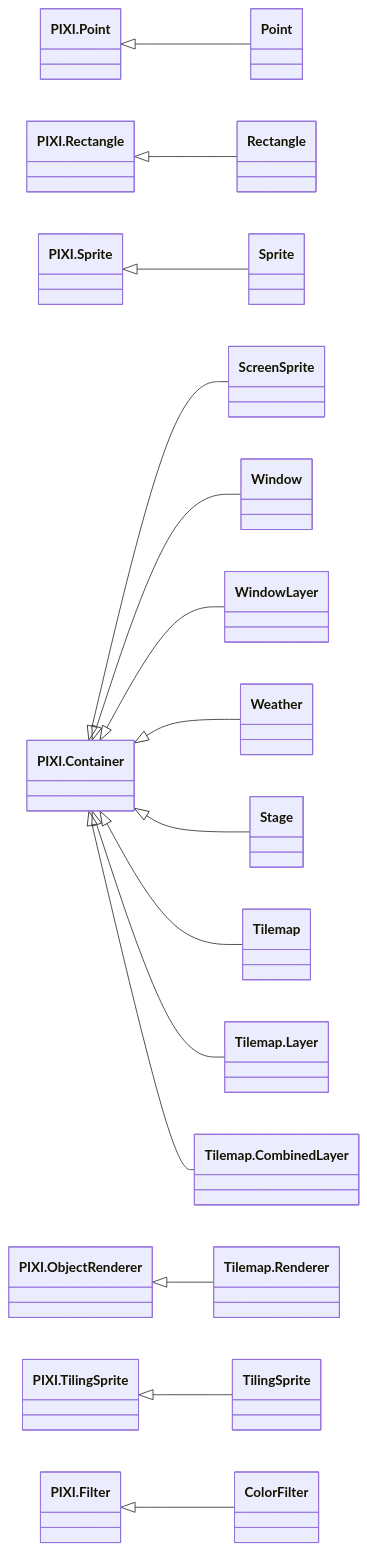
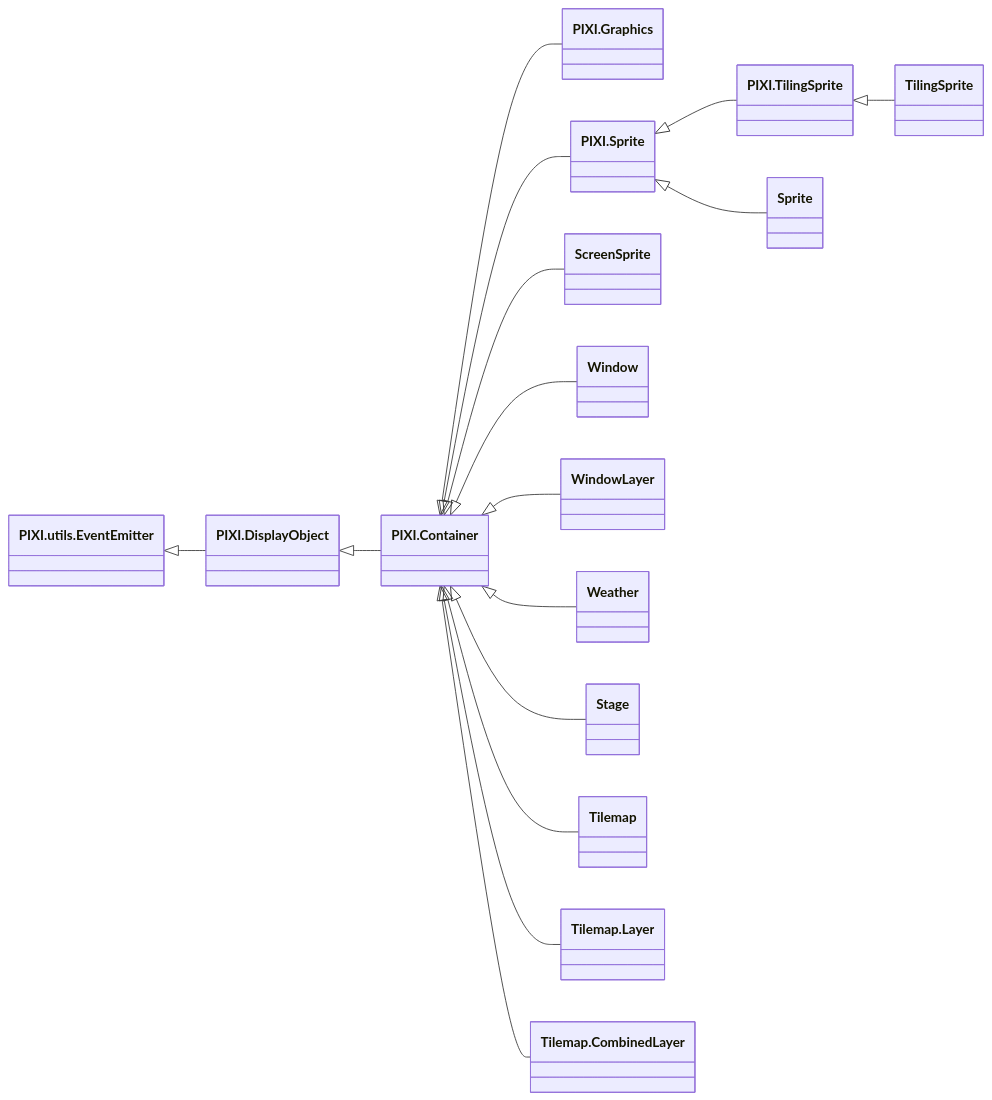
One commit to meowmotor/RPG-Maker changed the second of 2 diagrams in MZ/Class Inheritances/PIXI.md. Above: the diagram before and after it, drawn with Mermaid. The commit also changed other lines of this file, not shown here.

````diff
--- a/MZ/Class Inheritances/PIXI.md
+++ b/MZ/Class Inheritances/PIXI.md
@@ -1,18 +11,19 @@
 ```mermaid
 classDiagram
 direction LR
-`PIXI.Point`<|--Point
-`PIXI.Rectangle`<|--Rectangle
+`PIXI.utils.EventEmitter`<|--PIXI.DisplayObject
+`PIXI.DisplayObject`<|--PIXI.Container
+`PIXI.Container`<|--PIXI.Graphics
+`PIXI.Container`<|--PIXI.Sprite
+`PIXI.Sprite`<|--PIXI.TilingSprite
+`PIXI.TilingSprite`<|--TilingSprite
 `PIXI.Sprite`<|--Sprite
 `PIXI.Container`<|--ScreenSprite
 `PIXI.Container`<|--Window
 `PIXI.Container`<|--WindowLayer
 `PIXI.Container`<|--Weather
 `PIXI.Container`<|--Stage
 `PIXI.Container`<|--Tilemap
 `PIXI.Container`<|--`Tilemap.Layer`
 `PIXI.Container`<|--`Tilemap.CombinedLayer`
-`PIXI.ObjectRenderer`<|--`Tilemap.Renderer`
-`PIXI.TilingSprite`<|--TilingSprite
-`PIXI.Filter`<|--ColorFilter
 ```
````
